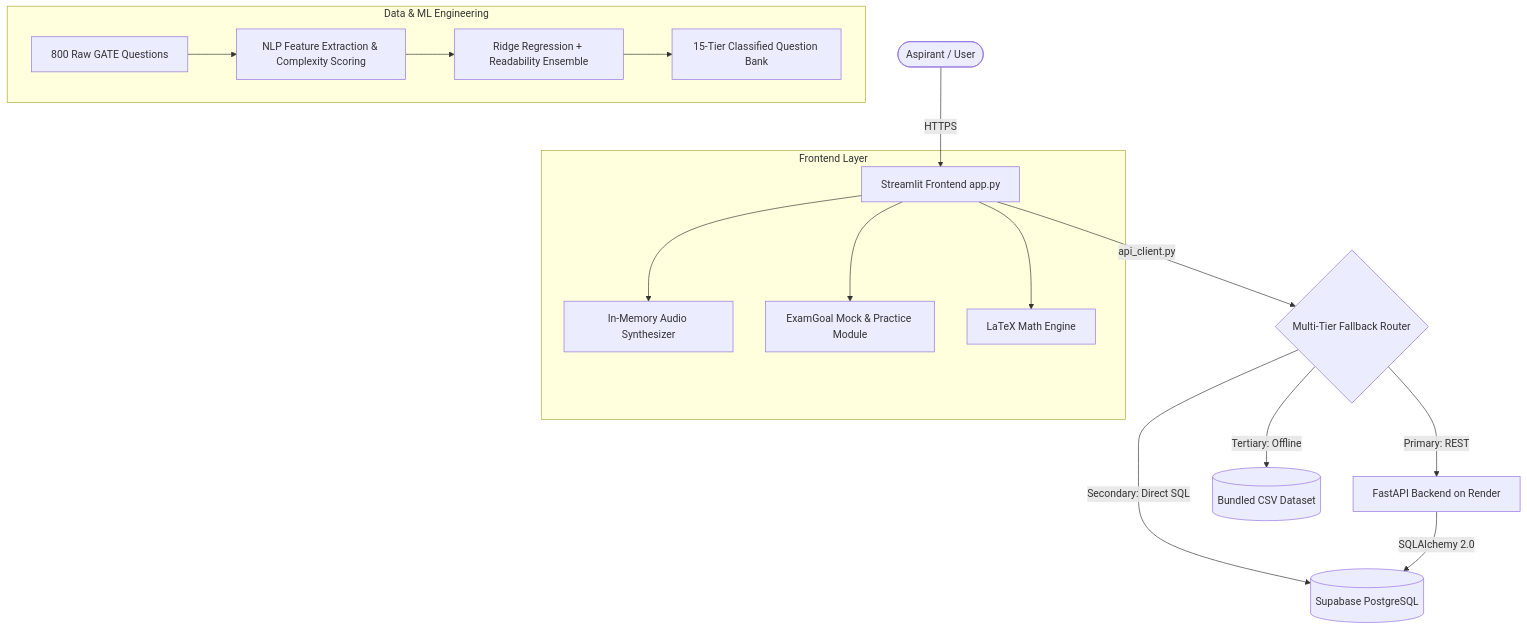
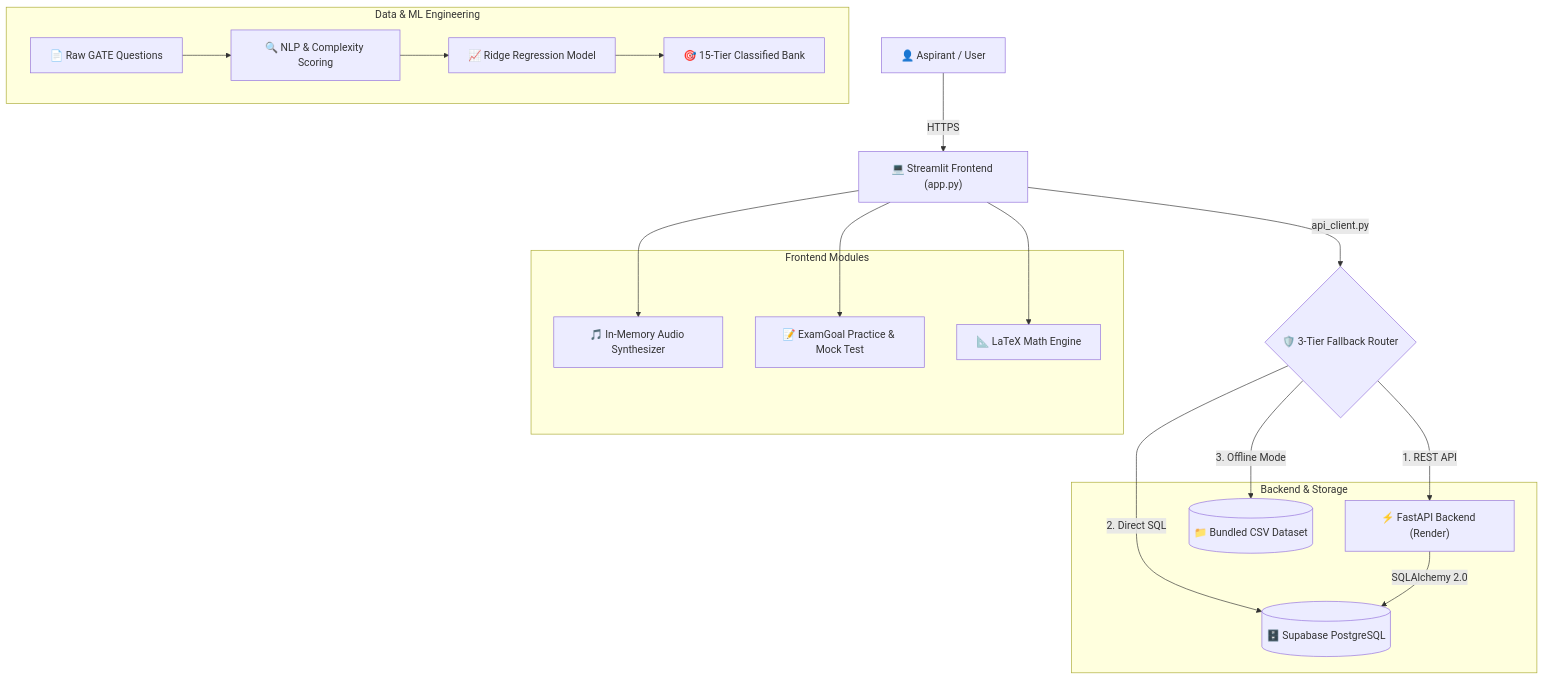
The diagram in README.md (senguptaarpita295-code/FutureMining), drawn with Mermaid before and after one commit. The commit also changed other lines of this file, not shown here.

Commit message:
docs: add comprehensive README with architecture, features, and team credits
- Documented KBC Knowledge Challenge and ExamGoal Mock Test features
- Added system architecture diagram and 3-tier resilience breakdown
- Detailed ML difficulty classification pipeline and NLP features
- Added local setup guide and REST API endpoints reference
- Added team member roles and contributions with LinkedIn profiles

````diff
--- a/README.md
+++ b/README.md
@@ -55,24 +55,34 @@
 ```mermaid
-graph TD
-    User([Aspirant / User]) -->|HTTPS| Streamlit[Streamlit Frontend app.py]
+flowchart TD
+    User["👤 Aspirant / User"] -->|"HTTPS"| Streamlit["💻 Streamlit Frontend (app.py)"]
     
-    subgraph Frontend Layer
-        Streamlit --> AudioEngine[In-Memory Audio Synthesizer]
-        Streamlit --> ExamGoal[ExamGoal Mock & Practice Module]
-        Streamlit --> MathJax[LaTeX Math Engine]
+    subgraph FrontendLayer["Frontend Modules"]
+        AudioEngine["🎵 In-Memory Audio Synthesizer"]
+        ExamGoal["📝 ExamGoal Practice & Mock Test"]
+        LaTeXEngine["📐 LaTeX Math Engine"]
     end
 
-    Streamlit -->|api_client.py| Router{Multi-Tier Fallback Router}
-    
-    Router -->|Primary: REST| FastAPI[FastAPI Backend on Render]
-    Router -->|Secondary: Direct SQL| Supabase[(Supabase PostgreSQL)]
-    Router -->|Tertiary: Offline| CSV[(Bundled CSV Dataset)]
+    Streamlit --> AudioEngine
+    Streamlit --> ExamGoal
+    Streamlit --> LaTeXEngine
 
-    FastAPI -->|SQLAlchemy 2.0| Supabase
+    Streamlit -->|"api_client.py"| Router{"🛡️ 3-Tier Fallback Router"}
 
-    subgraph Data & ML Engineering
-        RawData[800 Raw GATE Questions] --> NLP[NLP Feature Extraction & Complexity Scoring]
-        NLP --> Ridge[Ridge Regression + Readability Ensemble]
-        Ridge --> ClassifiedData[15-Tier Classified Question Bank]
+    subgraph BackendLayer["Backend & Storage"]
+        FastAPI["⚡ FastAPI Backend (Render)"]
+        Supabase[("🗄️ Supabase PostgreSQL")]
+        CSV[("📁 Bundled CSV Dataset")]
+    end
+
+    Router -->|"1. REST API"| FastAPI
+    Router -->|"2. Direct SQL"| Supabase
+    Router -->|"3. Offline Mode"| CSV
+
+    FastAPI -->|"SQLAlchemy 2.0"| Supabase
+
+    subgraph MLLayer["Data & ML Engineering"]
+        RawData["📄 Raw GATE Questions"] --> NLP["🔍 NLP & Complexity Scoring"]
+        NLP --> Ridge["📈 Ridge Regression Model"]
+        Ridge --> ClassifiedData["🎯 15-Tier Classified Bank"]
     end
 ```
````
